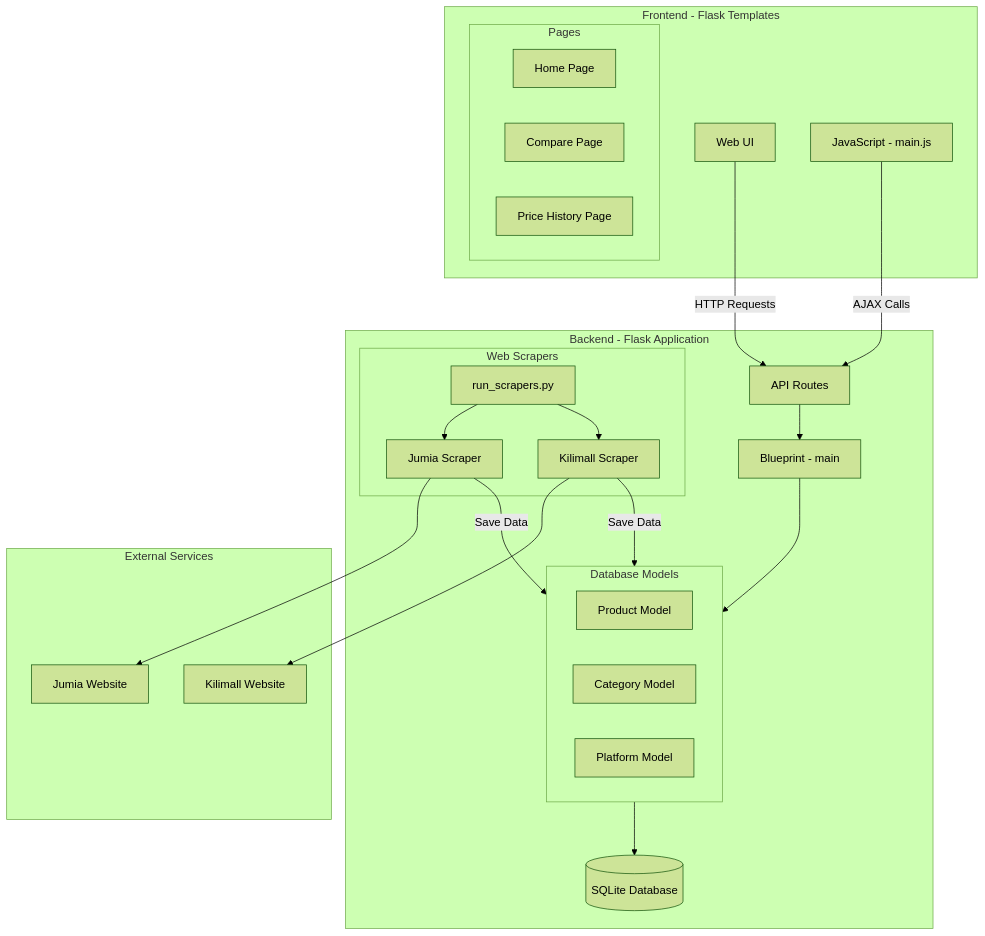
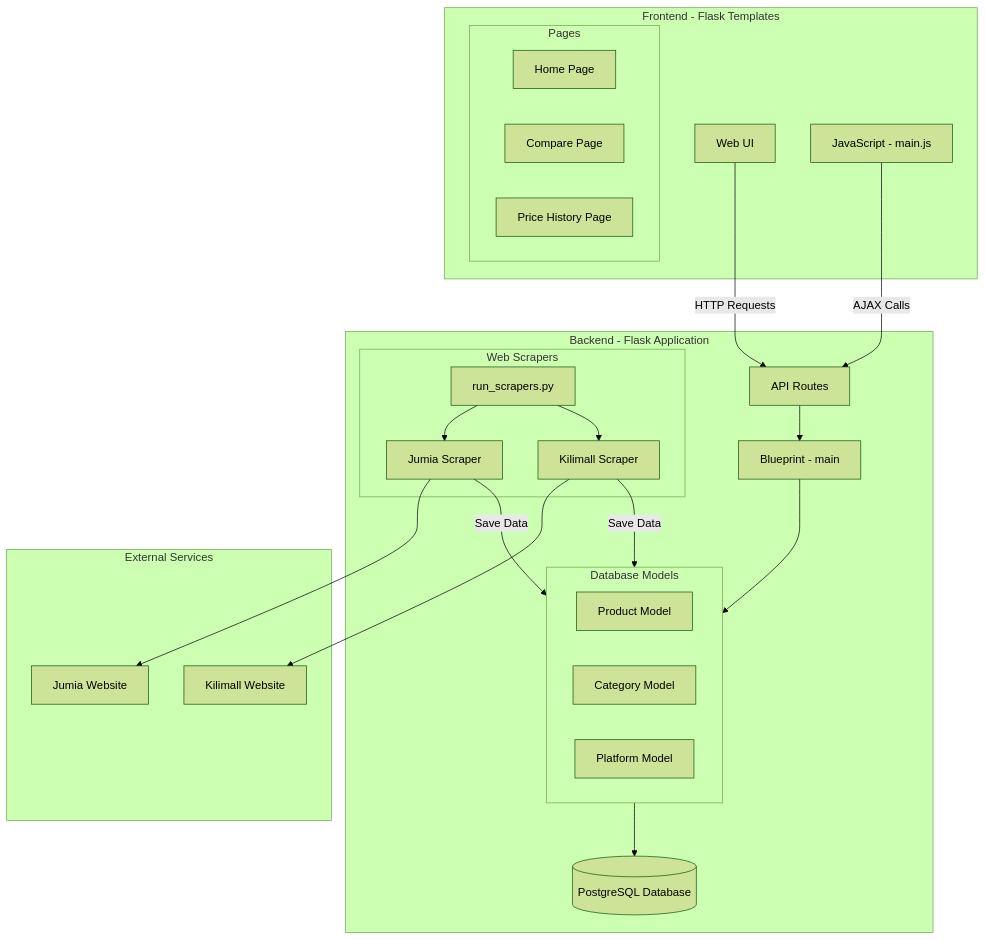
One commit to wawi-m/wpp-price_tracker changed the diagram in doc/architecture.md. Above: the diagram before and after it, drawn with Mermaid (forest theme). The commit also changed 2 other files, not shown here.

Commit message:
add missing buttons on client templates

````diff
--- a/doc/architecture.md
+++ b/doc/architecture.md
@@ -3,53 +3,53 @@
 ```mermaid
 graph TB
     %% Frontend Components
     subgraph Frontend[Frontend - Flask Templates]
         UI[Web UI]
         subgraph Pages[Pages]
             HP[Home Page]
             CP[Compare Page]
             PH[Price History Page]
         end
         JS[JavaScript - main.js]
     end
 
     %% Backend Components
     subgraph Backend[Backend - Flask Application]
         API[API Routes]
         BP[Blueprint - main]
-        DB[(SQLite Database)]
+        DB[(PostgreSQL Database)]
         
         subgraph Models[Database Models]
             PM[Product Model]
             CM[Category Model]
             PLM[Platform Model]
         end
         
         subgraph Scrapers[Web Scrapers]
             JS_S[Jumia Scraper]
             KM_S[Kilimall Scraper]
             RS[run_scrapers.py]
         end
     end
 
     %% External Services
     subgraph External[External Services]
         JUM[Jumia Website]
         KIL[Kilimall Website]
     end
 
     %% Connections
     UI --> |HTTP Requests| API
     JS --> |AJAX Calls| API
     API --> BP
     BP --> Models
     Models --> DB
     
     RS --> JS_S
     RS --> KM_S
     JS_S --> JUM
     KM_S --> KIL
     
     JS_S --> |Save Data| Models
     KM_S --> |Save Data| Models
 ```
````
